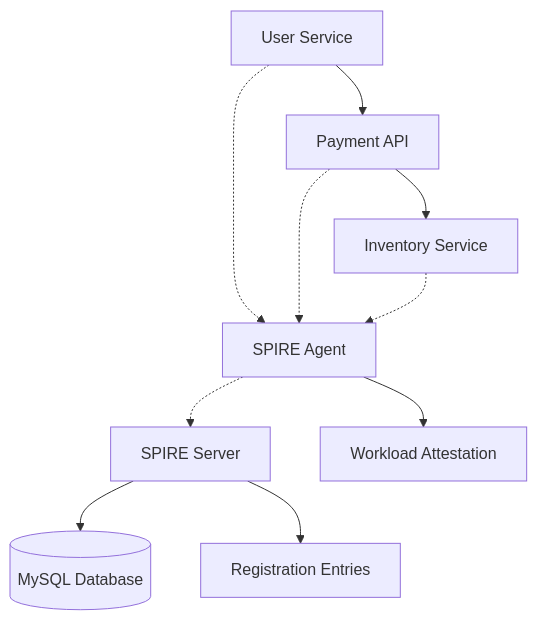
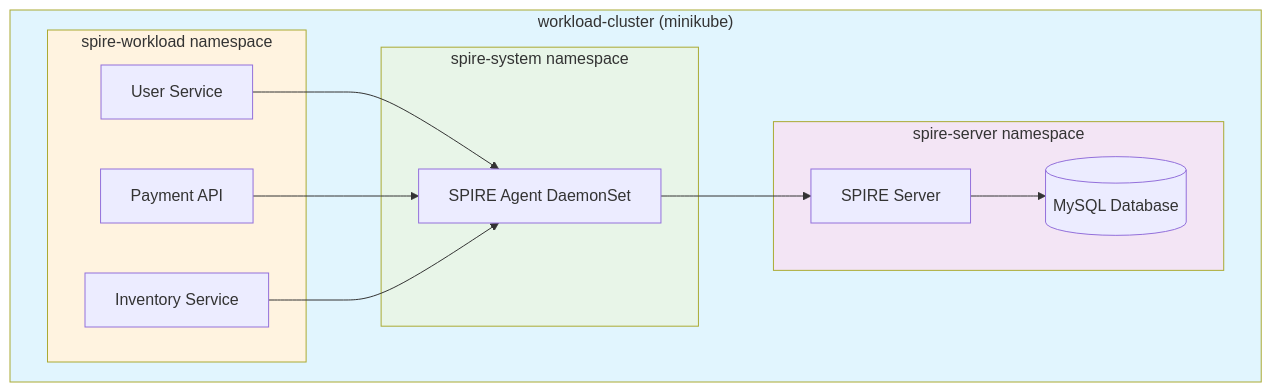
The first of 8 diagrams in docs/architecture_diagrams.md (jfiser247/spire-dev), drawn with Mermaid before and after one commit. The commit also changed other lines of this file and 2 other files, not shown here.

Commit message:
Fix documentation mismatch between basic and enterprise deployments
- Clarify that fresh-install.sh (default) creates single workload-cluster
- Enterprise diagrams require 'fresh-install.sh enterprise' command
- Update architecture diagrams to show correct basic deployment
- Add clear deployment type selection to fresh install guide
- Explain the three deployment modes: basic, enterprise, crd-free
- Resolves confusion about expected vs actual cluster setup

````diff
--- a/docs/architecture_diagrams.md
+++ b/docs/architecture_diagrams.md
@@ -9,22 +17,30 @@
 ```mermaid
 graph TB
-    SS[SPIRE Server]
-    PG[(MySQL Database)]
-    RE[Registration Entries]
-    SA[SPIRE Agent]
-    WA[Workload Attestation]
-    US[User Service]
-    PA[Payment API]
-    IS[Inventory Service]
+    subgraph WC["workload-cluster (minikube)"]
+        subgraph SS_NS["spire-server namespace"]
+            SS[SPIRE Server]
+            PG[(MySQL Database)]
+        end
+        
+        subgraph SYS_NS["spire-system namespace"]
+            SA[SPIRE Agent DaemonSet]
+        end
+        
+        subgraph WL_NS["spire-workload namespace"]
+            US[User Service]
+            PA[Payment API]
+            IS[Inventory Service]
+        end
+    end
     
     SS --> PG
-    SS --> RE
-    SA --> WA
-    US --> PA
-    PA --> IS
+    SA --> SS
+    US --> SA
+    PA --> SA  
+    IS --> SA
     
-    SA -.-> SS
-    US -.-> SA
-    PA -.-> SA  
-    IS -.-> SA
+    style WC fill:#e1f5fe
+    style SS_NS fill:#f3e5f5
+    style SYS_NS fill:#e8f5e8
+    style WL_NS fill:#fff3e0
 ```
````
